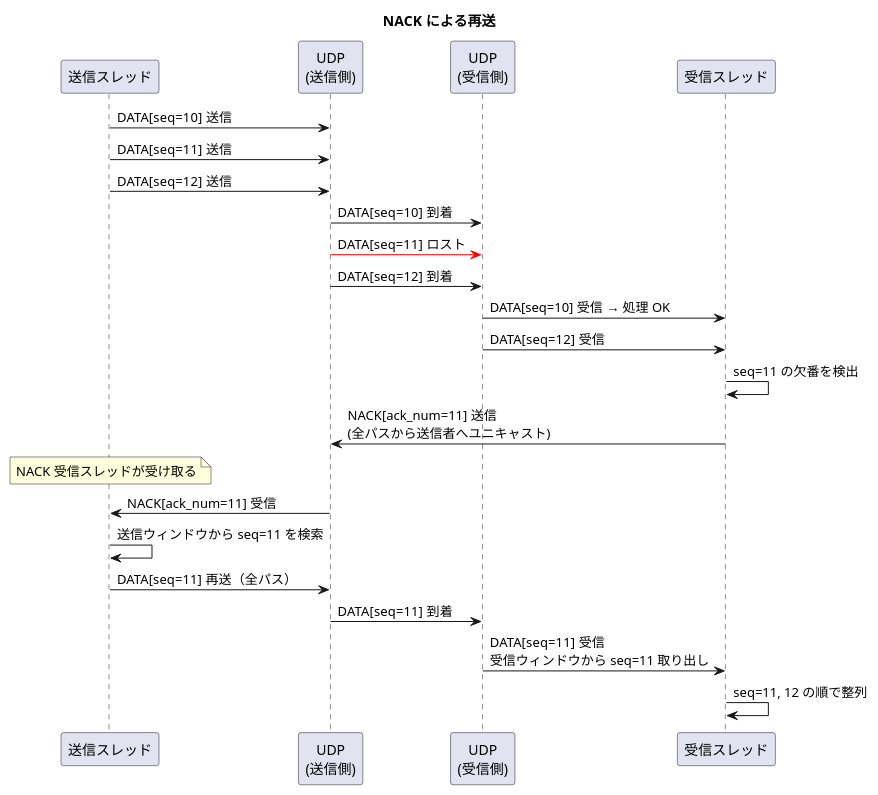
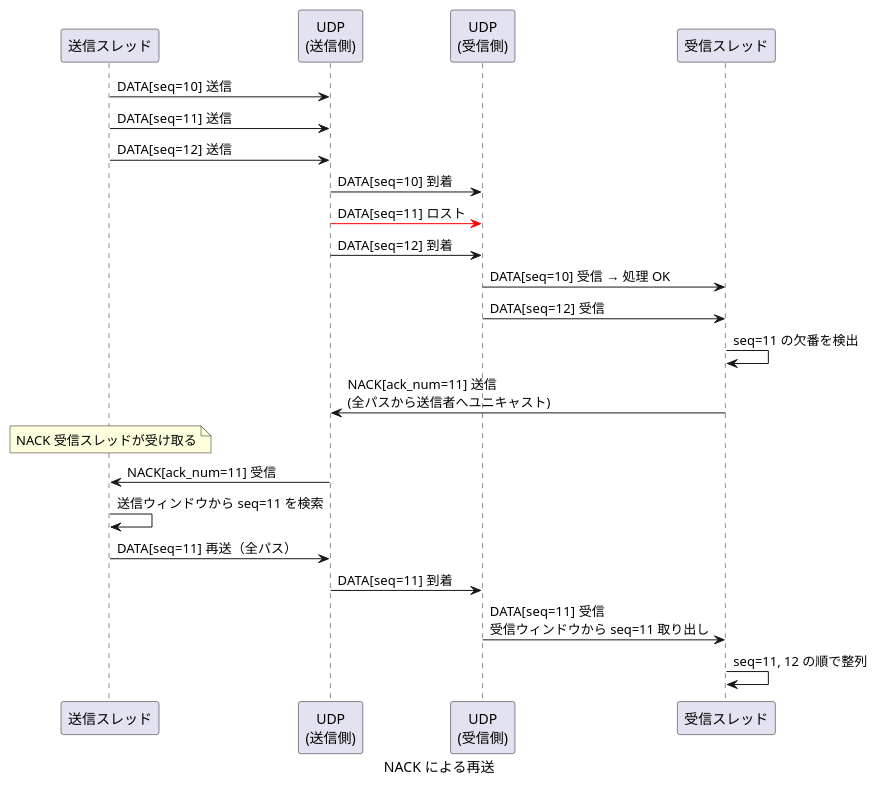
Before and after one commit to Hondarer/c-modernization-kit: the sixth of 12 diagrams in prod/porter/docs/sequence.md, drawn with PlantUML. The commit also changed other lines of this file and 13 other files, not shown here.

````diff
--- a/prod/porter/docs/sequence.md
+++ b/prod/porter/docs/sequence.md
@@ -219,37 +192,37 @@
 ```plantuml
-@startuml
-title NACK による再送
+@startuml NACK による再送
+caption NACK による再送
 
 participant "送信スレッド" as ST
 participant "UDP\n(送信側)" as SUDP
 participant "UDP\n(受信側)" as RUDP
 participant "受信スレッド" as RRT
 
 ST -> SUDP: DATA[seq=10] 送信
 ST -> SUDP: DATA[seq=11] 送信
 ST -> SUDP: DATA[seq=12] 送信
 
 SUDP -> RUDP: DATA[seq=10] 到着
 SUDP -[#red]> RUDP: DATA[seq=11] ロスト
 SUDP -> RUDP: DATA[seq=12] 到着
 
 RUDP -> RRT: DATA[seq=10] 受信 → 処理 OK
 RUDP -> RRT: DATA[seq=12] 受信
 
 RRT -> RRT: seq=11 の欠番を検出
 RRT -> SUDP: NACK[ack_num=11] 送信\n(全パスから送信者へユニキャスト)
 
 note over ST: NACK 受信スレッドが受け取る
 
 SUDP -> ST: NACK[ack_num=11] 受信
 ST -> ST: 送信ウィンドウから seq=11 を検索
 
 ST -> SUDP: DATA[seq=11] 再送（全パス）
 
 SUDP -> RUDP: DATA[seq=11] 到着
 
 RUDP -> RRT: DATA[seq=11] 受信\n受信ウィンドウから seq=11 取り出し
 RRT -> RRT: seq=11, 12 の順で整列
 
 @enduml
 ```
````
